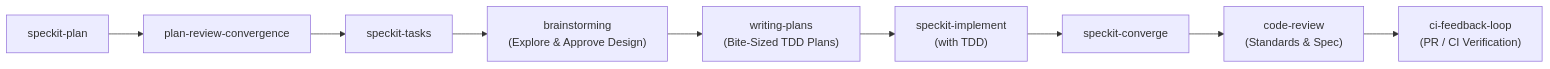
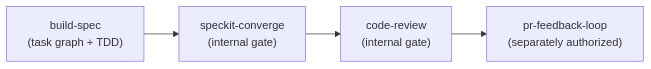
The diagram in context/workflow.md (pminhtaiii/wayfinder), drawn with Mermaid before and after one commit. The commit also changed other lines of this file and 19 other files, not shown here.

````diff
--- a/context/workflow.md
+++ b/context/workflow.md
@@ -13,11 +17,6 @@
 ```mermaid
 flowchart LR
-    A["speckit-plan"] --> B["plan-review-convergence"]
-    B --> C["speckit-tasks"]
-    C --> D["brainstorming\n(Explore & Approve Design)"]
-    D --> E["writing-plans\n(Bite-Sized TDD Plans)"]
-    E --> F["speckit-implement\n(with TDD)"]
-    F --> G["speckit-converge"]
-    G --> H["code-review\n(Standards & Spec)"]
-    H --> I["ci-feedback-loop\n(PR / CI Verification)"]
+    A["build-spec\n(task graph + TDD)"] --> B["speckit-converge\n(internal gate)"]
+    B --> C["code-review\n(internal gate)"]
+    C --> D["pr-feedback-loop\n(separately authorized)"]
 ```
````
